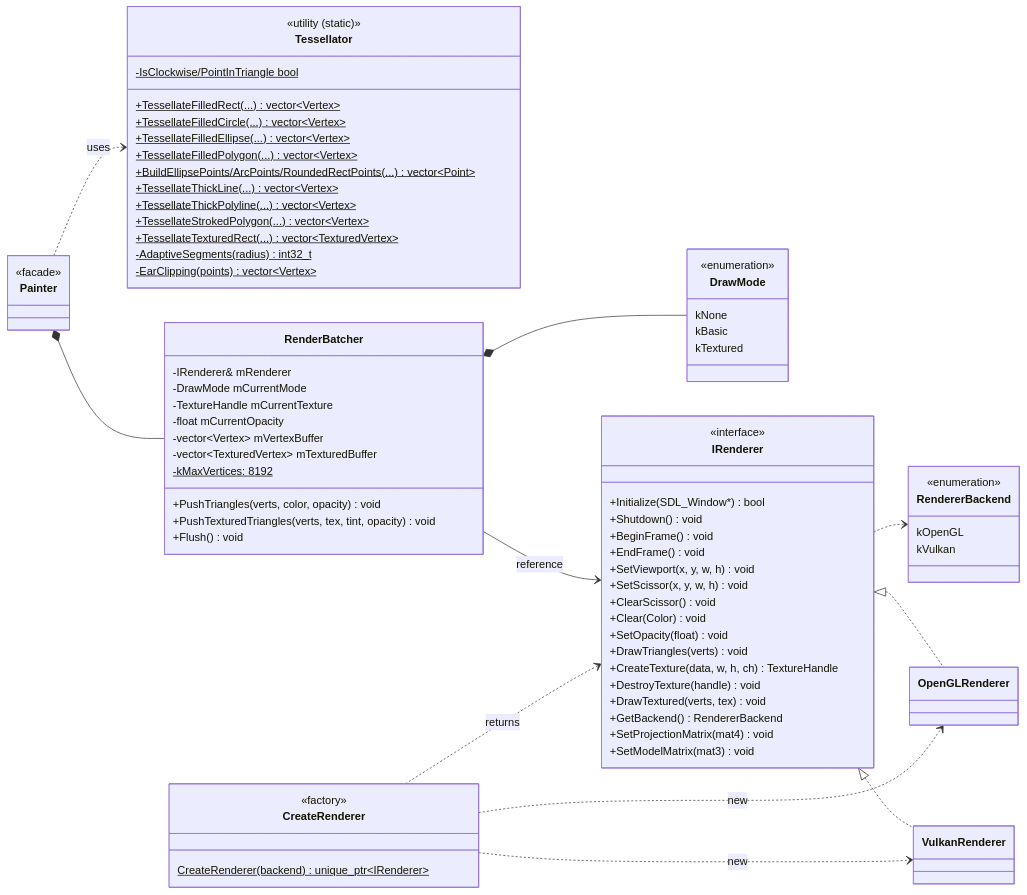
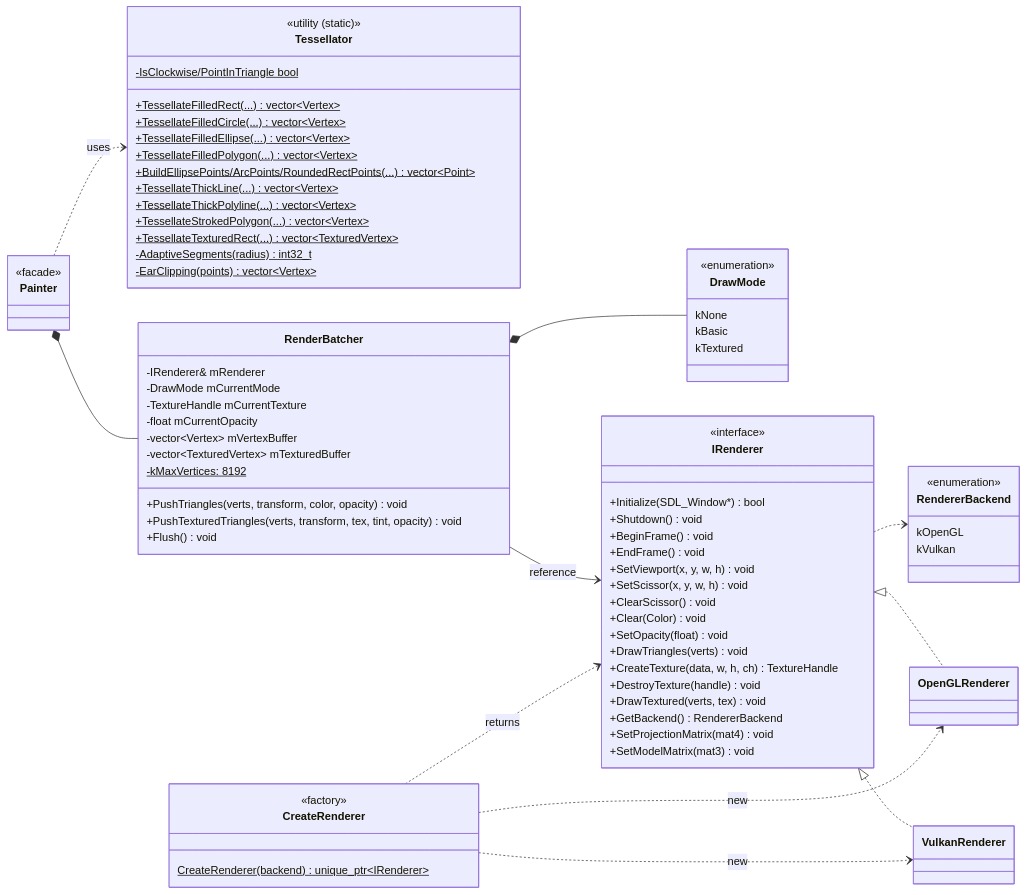
The second of 6 diagrams in doc/en/class-diagram.md (yazilimperver/sdl-painter), drawn with Mermaid before and after one commit. The commit also changed other lines of this file and 10 other files, not shown here.

```diff
--- a/doc/en/class-diagram.md
+++ b/doc/en/class-diagram.md
@@ -143,8 +151,8 @@
         -vector~Vertex~ mVertexBuffer
         -vector~TexturedVertex~ mTexturedBuffer
         -kMaxVertices: 8192$
-        +PushTriangles(verts, color, opacity) void
-        +PushTexturedTriangles(verts, tex, tint, opacity) void
+        +PushTriangles(verts, transform, color, opacity) void
+        +PushTexturedTriangles(verts, transform, tex, tint, opacity) void
         +Flush() void
     }
 
```
